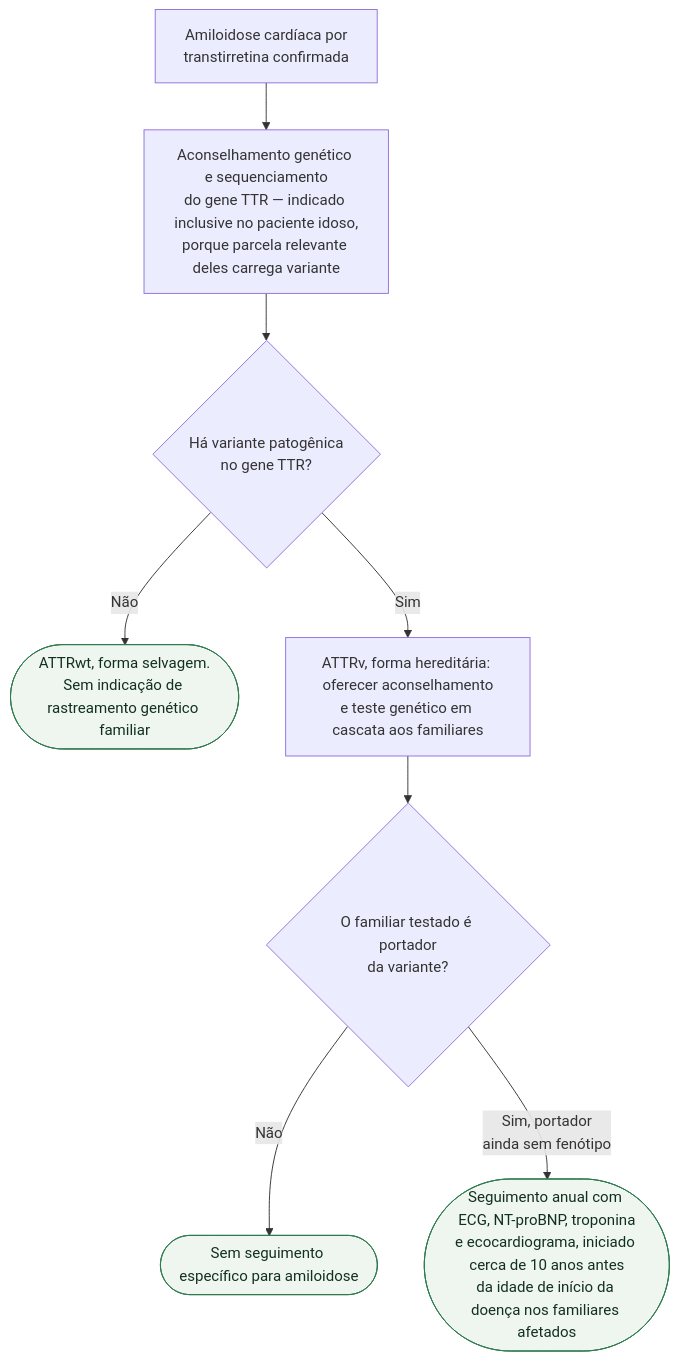
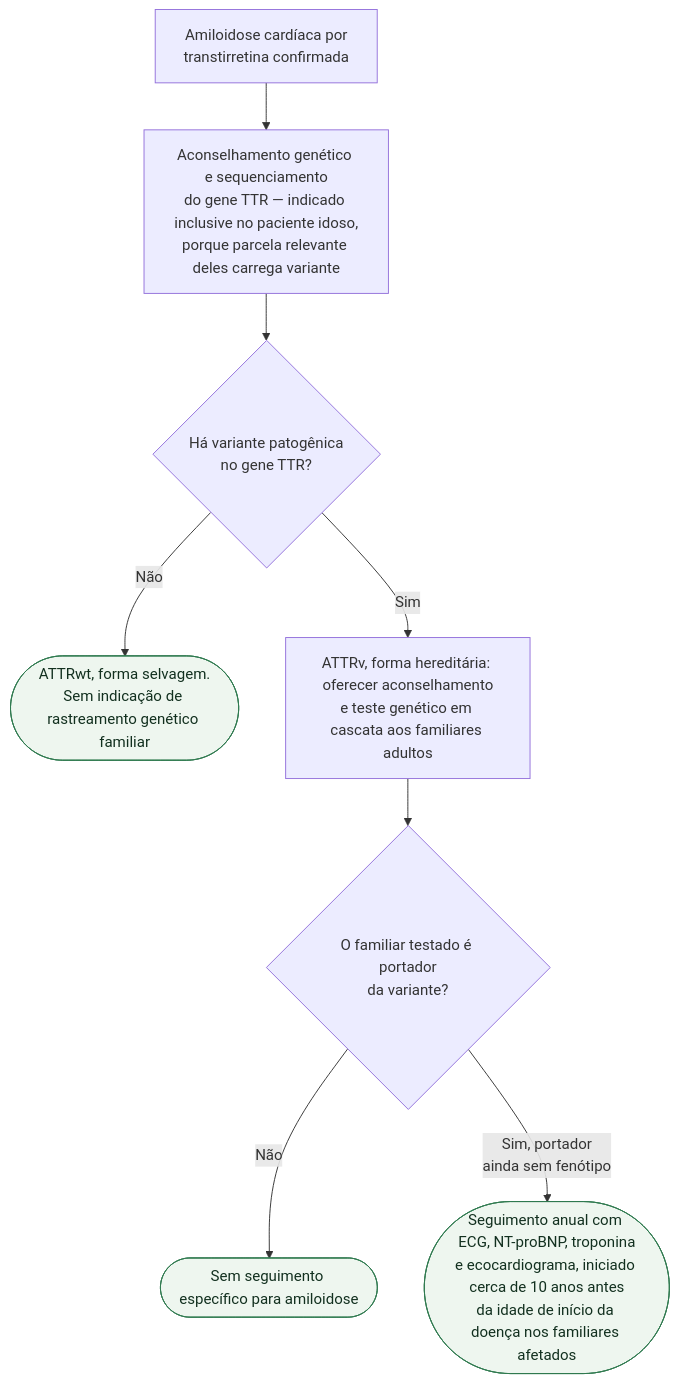
Before and after one commit to rafaelpaesmeirelles/MeuCardio: the second of 2 diagrams in content/Cardiomiopatias/fluxograma-amiloidose-cardiaca-diagnostico-nao-invasivo.md, drawn with Mermaid. The commit also changed other lines of this file and 704 other files, not shown here.

````diff
--- a/content/Cardiomiopatias/fluxograma-amiloidose-cardiaca-diagnostico-nao-invasivo.md
+++ b/content/Cardiomiopatias/fluxograma-amiloidose-cardiaca-diagnostico-nao-invasivo.md
@@ -72,19 +88,19 @@
 ```mermaid
 flowchart TD
   R1["Amiloidose cardíaca por<br/>transtirretina confirmada"] --> P3["Aconselhamento genético e sequenciamento<br/>do gene TTR — indicado inclusive no paciente idoso,<br/>porque parcela relevante deles carrega variante"]
 
   P3 --> D4{"Há variante patogênica<br/>no gene TTR?"}
 
   D4 -->|"Não"| C6(["ATTRwt, forma selvagem.<br/>Sem indicação de rastreamento genético familiar"])
 
-  D4 -->|"Sim"| P4["ATTRv, forma hereditária: oferecer aconselhamento<br/>e teste genético em cascata aos familiares"]
+  D4 -->|"Sim"| P4["ATTRv, forma hereditária: oferecer aconselhamento<br/>e teste genético em cascata aos familiares adultos"]
 
   P4 --> D5{"O familiar testado é portador<br/>da variante?"}
 
   D5 -->|"Não"| C7(["Sem seguimento específico para amiloidose"])
 
   D5 -->|"Sim, portador<br/>ainda sem fenótipo"| C8(["Seguimento anual com ECG, NT-proBNP, troponina<br/>e ecocardiograma, iniciado cerca de 10 anos antes<br/>da idade de início da doença nos familiares afetados"])
 
   classDef conduta fill:#eef6ef,stroke:#2f7a4f,color:#12301f;
   class C6,C7,C8 conduta;
 ```
````
